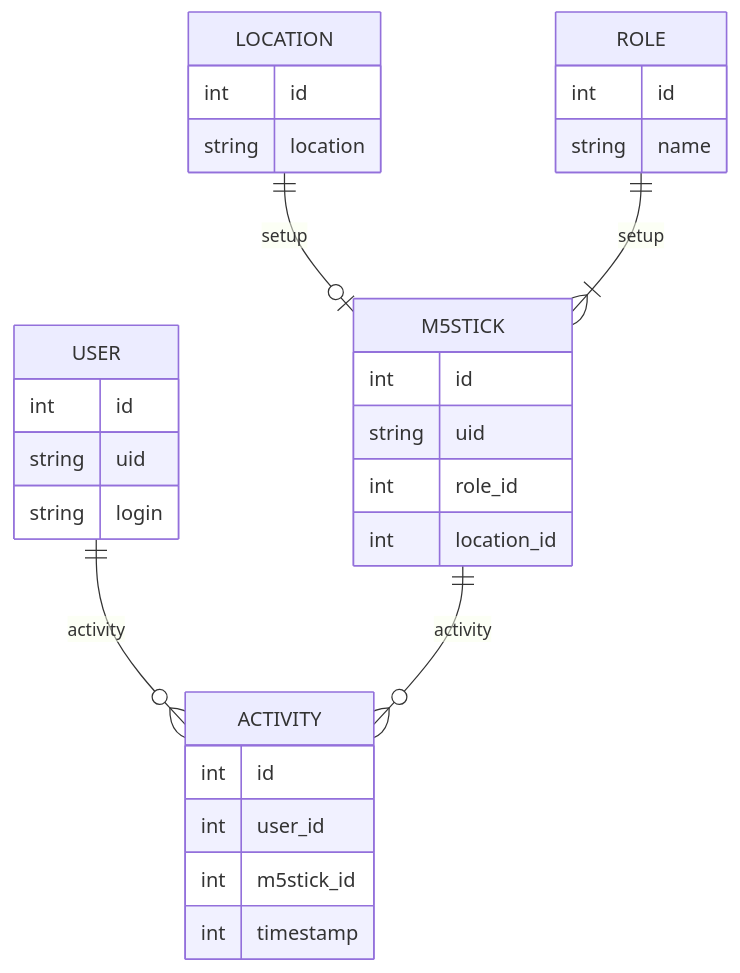
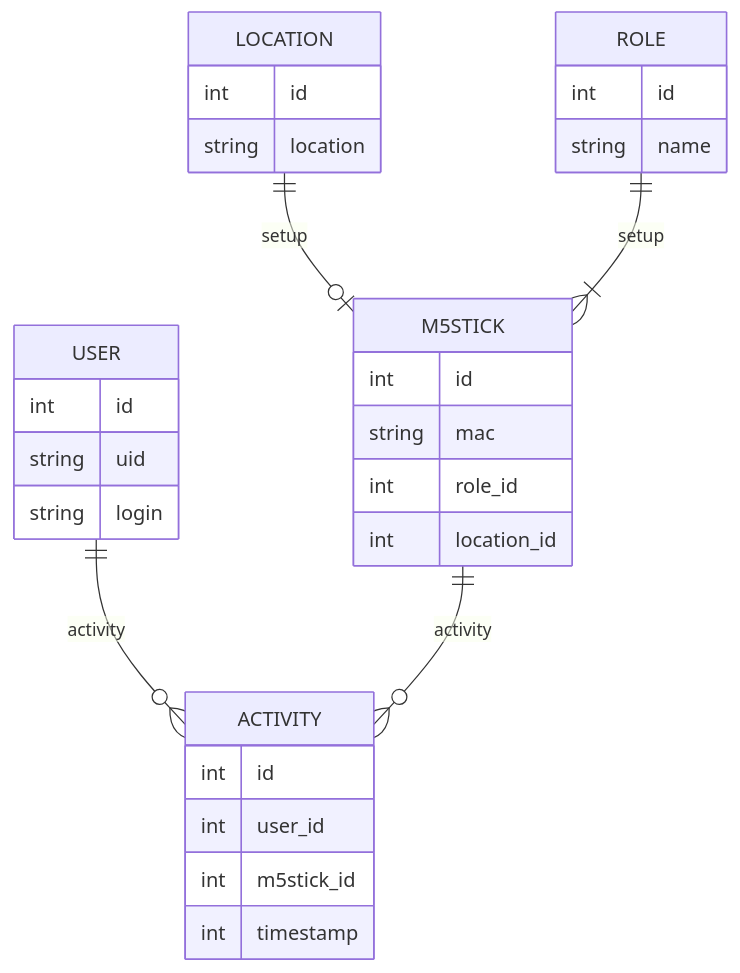
The diagram in doc/er/tables.md (42association/42ActivityAPI), drawn with Mermaid before and after one commit.

Commit message:
Change uid of M5Stick to mac

````diff
--- a/doc/er/tables.md
+++ b/doc/er/tables.md
@@ -3,37 +3,37 @@
 ```mermaid
 erDiagram
 
     USER ||--o{ ACTIVITY : activity
     USER {
         int id
         string uid
         string login
     }
 
     LOCATION ||--o| M5STICK : setup
     LOCATION {
         int id
         string location
     }
 
     ROLE ||--|{ M5STICK : setup
     ROLE {
         int id
         string name
     }
 
     M5STICK ||--o{ ACTIVITY : activity
     M5STICK {
         int id
-        string uid
+        string mac
         int role_id
         int location_id
     }
 
     ACTIVITY {
         int id
         int user_id
         int m5stick_id
         int timestamp
     }
 ```
````
